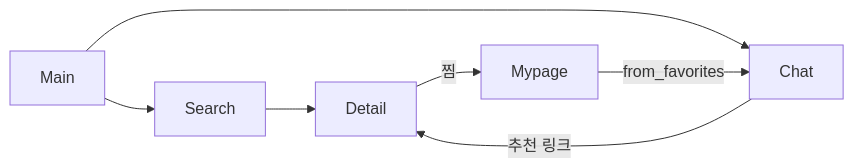
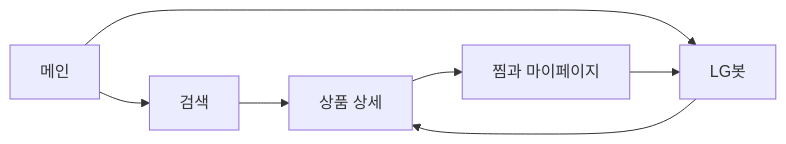
One commit to minhyeok328/4th_project changed the diagram in docs/08-features/README.md. Above: the diagram before and after it, drawn with Mermaid. The commit also changed other lines of this file and 32 other files, not shown here.

````diff
--- a/docs/08-features/README.md
+++ b/docs/08-features/README.md
@@ -17,9 +17,9 @@
 ```mermaid
 flowchart LR
-    Main --> Search
-    Main --> Chat
-    Search --> Detail
-    Detail -->|찜| Account[Mypage]
-    Chat -->|추천 링크| Detail
-    Account -->|from_favorites| Chat
+    Main[메인] --> Search[검색]
+    Search --> Detail[상품 상세]
+    Detail --> Favorite[찜과 마이페이지]
+    Main --> Chat[LG봇]
+    Chat --> Detail
+    Favorite --> Chat
 ```
````
